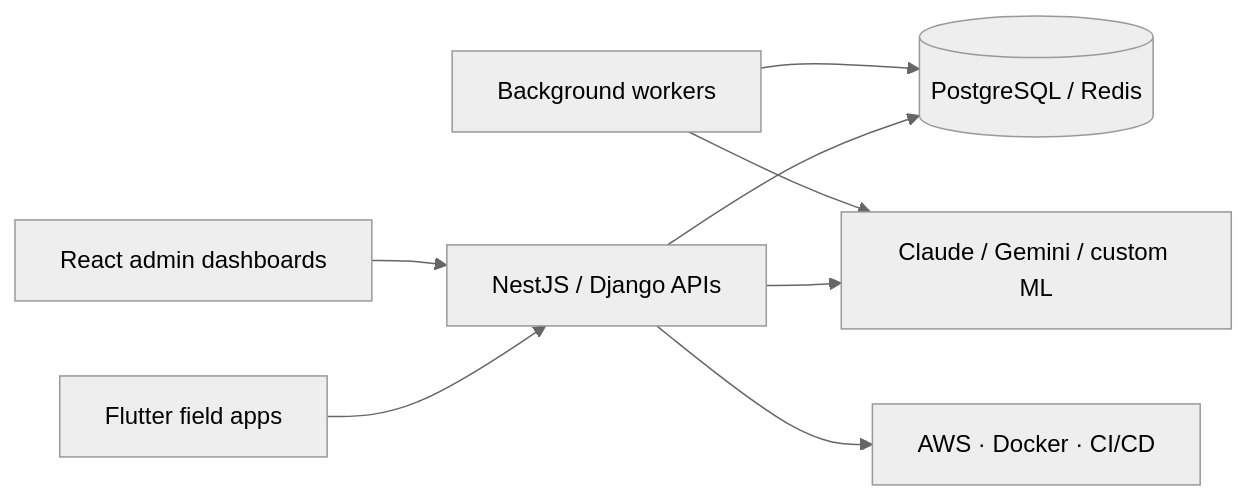
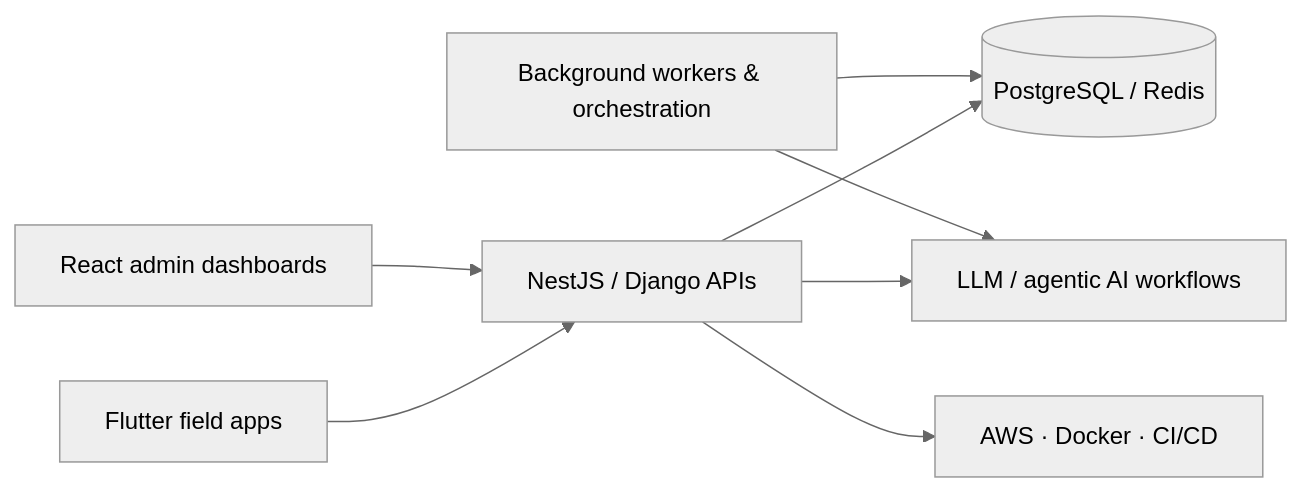
One commit to eldarandaly/eldarandaly changed the diagram in README.md. Above: the diagram before and after it, drawn with Mermaid (neutral theme). The commit also changed other lines of this file, not shown here.

Commit message:
Add the missing MMS dashboards stack and explicit agentic AI focus to the profile README.

````diff
--- a/README.md
+++ b/README.md
@@ -81,10 +84,10 @@
 ```mermaid
 flowchart LR
   Mobile["Flutter field apps"] --> API["NestJS / Django APIs"]
   Web["React admin dashboards"] --> API
   API --> Data[("PostgreSQL / Redis")]
-  API --> AI["Claude / Gemini / custom ML"]
-  Workers["Background workers"] --> AI
+  API --> AI["LLM / agentic AI workflows"]
+  Workers["Background workers & orchestration"] --> AI
   Workers --> Data
   API --> Cloud["AWS · Docker · CI/CD"]
 ```
````
